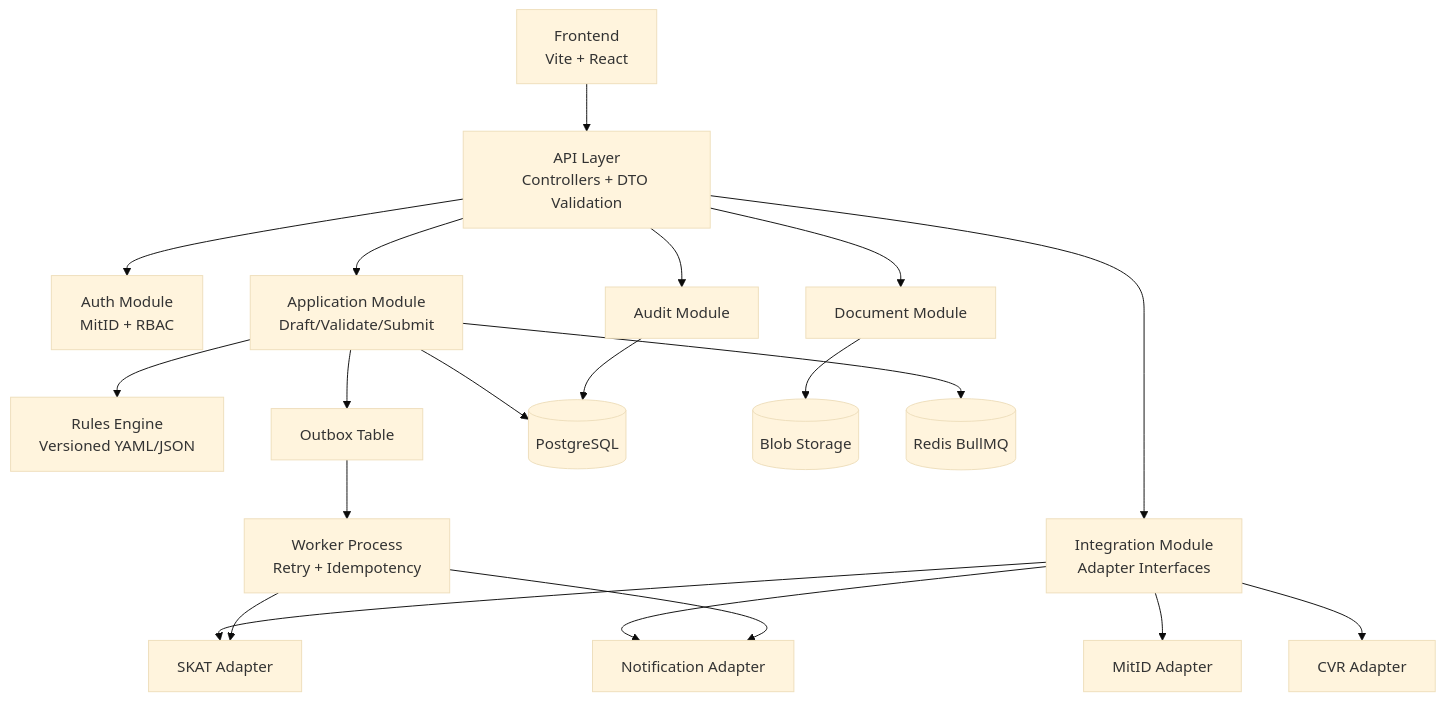
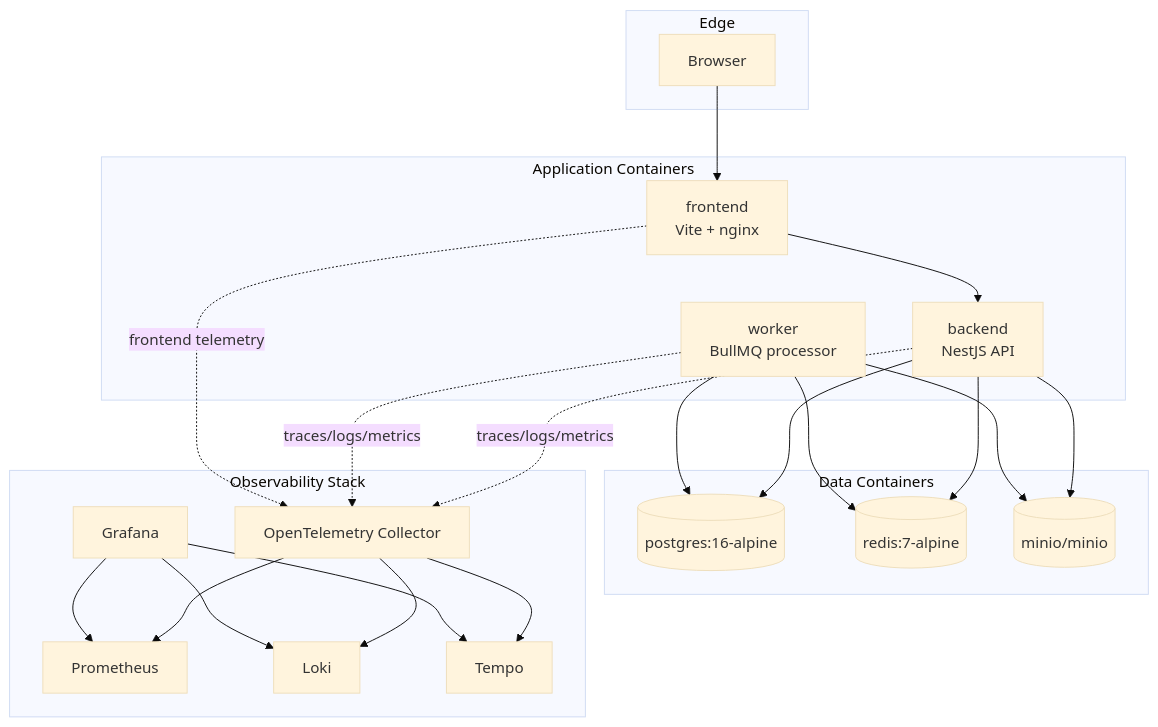
Before and after one commit to SVESSENC/VATfolder: the diagram in docs/diagrams/02-container-architecture.md, drawn with Mermaid (base theme). The commit also changed other lines of this file and 26 other files, not shown here.

Commit message:
updated diagrams

````diff
--- a/docs/diagrams/02-container-architecture.md
+++ b/docs/diagrams/02-container-architecture.md
@@ -3,25 +3,45 @@
 ```mermaid
 flowchart TB
-  FE[Frontend\nVite + React] --> GATE[API Layer\nControllers + DTO Validation]
-  GATE --> AUTH[Auth Module\nMitID + RBAC]
-  GATE --> APP[Application Module\nDraft/Validate/Submit]
-  GATE --> DOC[Document Module]
-  GATE --> AUD[Audit Module]
-  GATE --> INT[Integration Module\nAdapter Interfaces]
+  subgraph EDGE[Edge]
+    BROWSER[Browser]
+  end
 
-  APP --> RULES[Rules Engine\nVersioned YAML/JSON]
-  APP --> OUTBOX[Outbox Table]
+  subgraph APP[Application Containers]
+    FE[frontend\nVite + nginx]
+    API[backend\nNestJS API]
+    WK[worker\nBullMQ processor]
+  end
 
-  INT --> MITID_A[MitID Adapter]
-  INT --> CVR_A[CVR Adapter]
-  INT --> SKAT_A[SKAT Adapter]
-  INT --> MSG_A[Notification Adapter]
+  subgraph DATA[Data Containers]
+    PG[(postgres:16-alpine)]
+    REDIS[(redis:7-alpine)]
+    MINIO[(minio/minio)]
+  end
 
-  APP --> PG[(PostgreSQL)]
-  DOC --> BLOB[(Blob Storage)]
-  APP --> REDIS[(Redis BullMQ)]
-  AUD --> PG
-  OUTBOX --> WORKER[Worker Process\nRetry + Idempotency]
-  WORKER --> SKAT_A
-  WORKER --> MSG_A
+  subgraph OBS[Observability Stack]
+    OTEL[OpenTelemetry Collector]
+    PROM[Prometheus]
+    GRAF[Grafana]
+    LOKI[Loki]
+    TEMPO[Tempo]
+  end
+
+  BROWSER --> FE
+  FE --> API
+  API --> PG
+  API --> REDIS
+  API --> MINIO
+  WK --> REDIS
+  WK --> PG
+  WK --> MINIO
+
+  API -. traces/logs/metrics .-> OTEL
+  WK -. traces/logs/metrics .-> OTEL
+  FE -. frontend telemetry .-> OTEL
+  OTEL --> PROM
+  OTEL --> LOKI
+  OTEL --> TEMPO
+  GRAF --> PROM
+  GRAF --> LOKI
+  GRAF --> TEMPO
 ```
````
